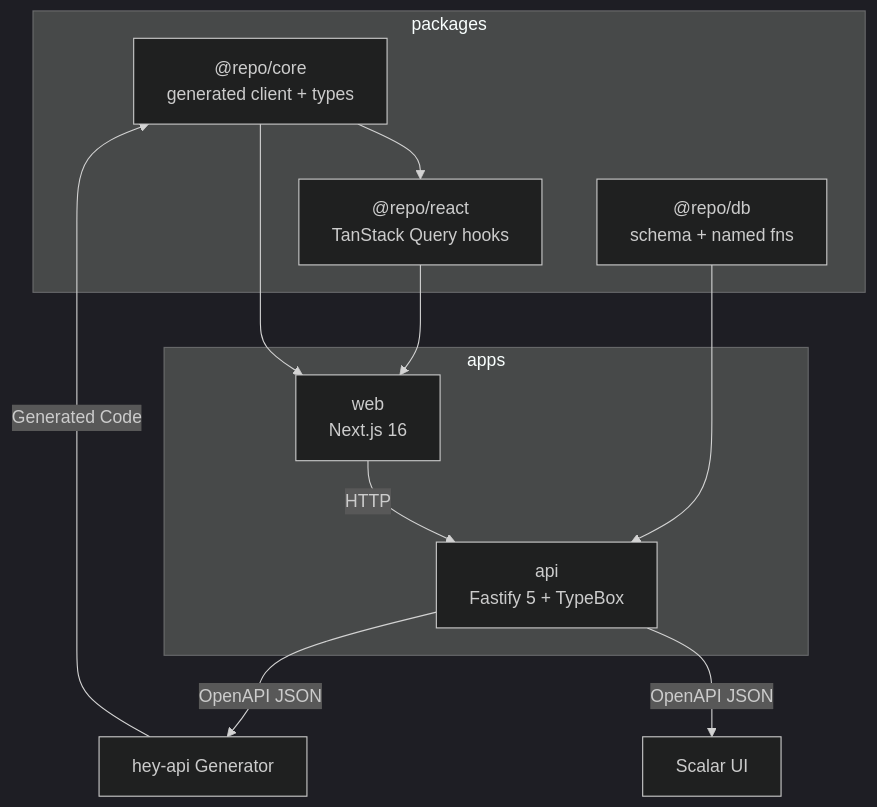
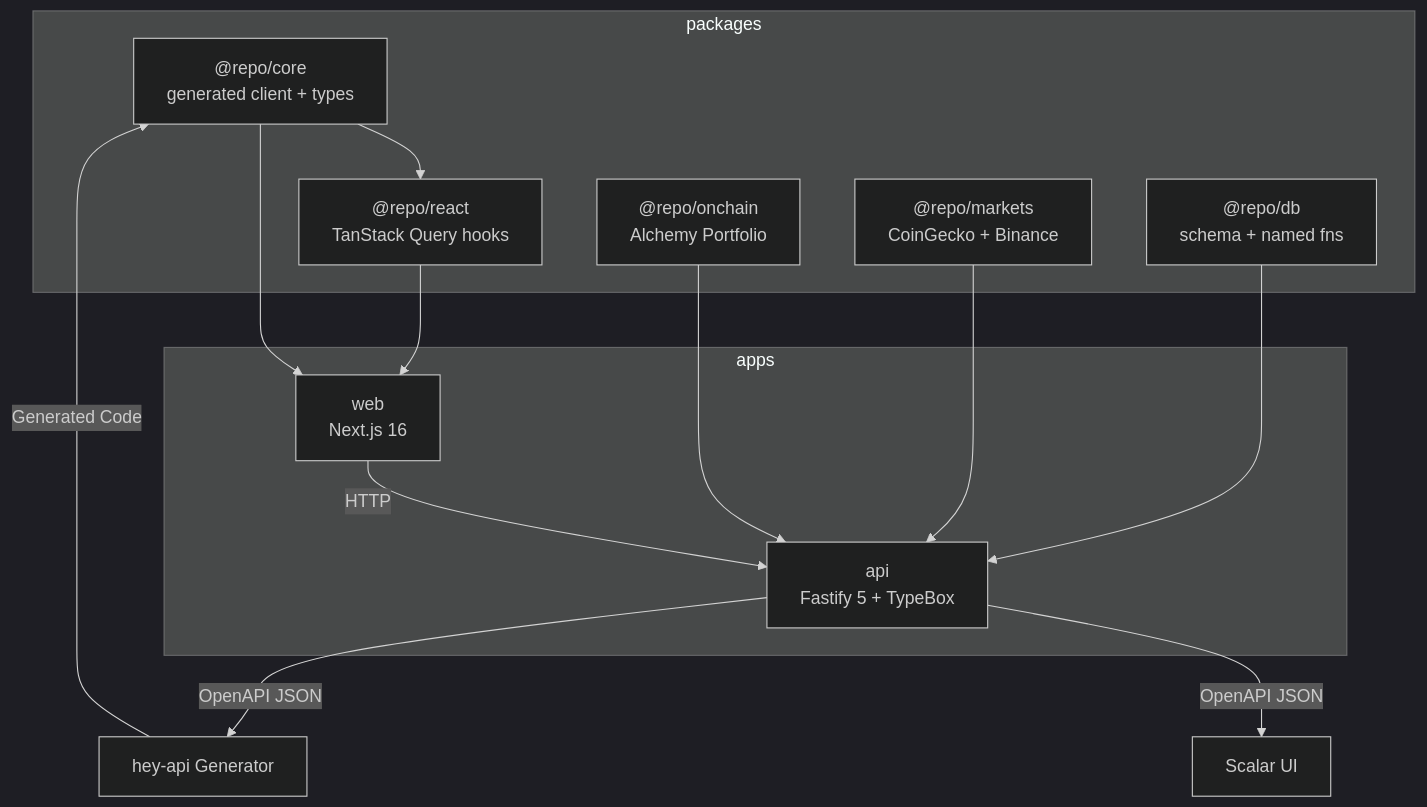
Before and after one commit to blockmatic/basilic: the diagram in apps/docu/content/docs/development/package-conventions.mdx, drawn with Mermaid (dark theme). The commit also changed other lines of this file and 78 other files, not shown here.

Commit message:
feat(onchain): read live Alchemy holdings without Postgres cache (#249)

````diff
--- a/apps/docu/content/docs/development/package-conventions.mdx
+++ b/apps/docu/content/docs/development/package-conventions.mdx
@@ -42,24 +44,28 @@
 ```mermaid
 flowchart TB
   subgraph P[packages]
     K["@repo/core<br/>generated client + types"]
     R["@repo/react<br/>TanStack Query hooks"]
     D["@repo/db<br/>schema + named fns"]
+    M["@repo/markets<br/>CoinGecko + Binance"]
+    O["@repo/onchain<br/>Alchemy Portfolio"]
   end
 
   subgraph A[apps]
     API["api<br/>Fastify 5 + TypeBox"]
     WEB["web<br/>Next.js 16"]
   end
 
   K --> R
   D --> API
+  M --> API
+  O --> API
 
   API -->|OpenAPI JSON| GEN[hey-api Generator]
   GEN -->|Generated Code| K
   API -->|OpenAPI JSON| DOCS[Scalar UI]
 
   R --> WEB
   K --> WEB
   WEB -->|HTTP| API
 ```
````
